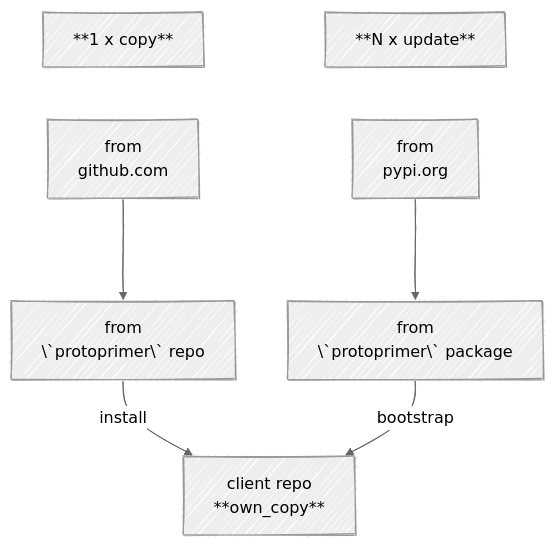
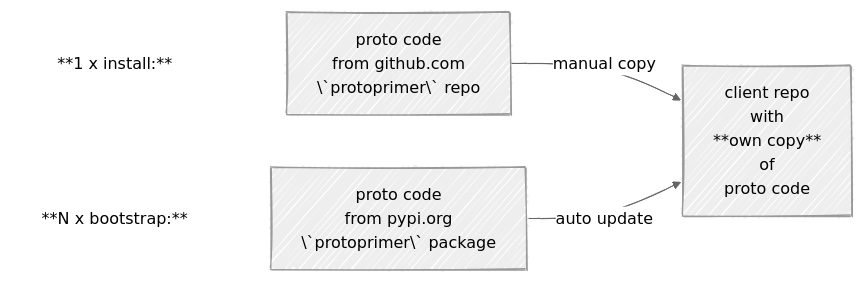
The second of 4 diagrams in readme.md (uvsmtid/protoprimer), drawn with Mermaid before and after one commit. The commit also changed other lines of this file and 87 other files, not shown here.

````diff
--- a/readme.md
+++ b/readme.md
@@ -282,26 +194,25 @@
 ```mermaid
 ---
 config:
   look: handDrawn
   theme: neutral
 ---
-graph TD;
+graph LR;
 
-    copy_link["**1 x copy**"]
-    github_web["from<br>github.com"]
-    protoprimer_repo["from<br>\`protoprimer\` repo"];
+    install_link["**1 x install:**"]
+    github_web["proto code<br>from github.com<br>\`protoprimer\` repo"]
 
-    update_link["**N x update**"];
-    pypi_web["from<br>pypi.org"]
-    protoprimer_package["from<br>\`protoprimer\` package"];
+    bootstrap_link["**N x bootstrap:**"];
+    pypi_web["proto code<br>from pypi.org<br>\`protoprimer\` package"]
 
-    client_repo["client repo<br>**own_copy**"];
+    client_repo["client repo<br>with<br>**own copy**<br>of<br>proto code"];
 
-    copy_link ~~~ github_web;
-    github_web ---> protoprimer_repo;
-    protoprimer_repo --install--> client_repo;
+    install_link ~~~ github_web;
+    github_web --manual copy--> client_repo;
 
-    update_link ~~~ pypi_web;
-    pypi_web ---> protoprimer_package;
-    protoprimer_package --bootstrap--> client_repo;
+    bootstrap_link ~~~ pypi_web;
+    pypi_web --auto update--> client_repo;
+
+    style install_link fill:none,stroke:none;
+    style bootstrap_link fill:none,stroke:none;
 ```
````
